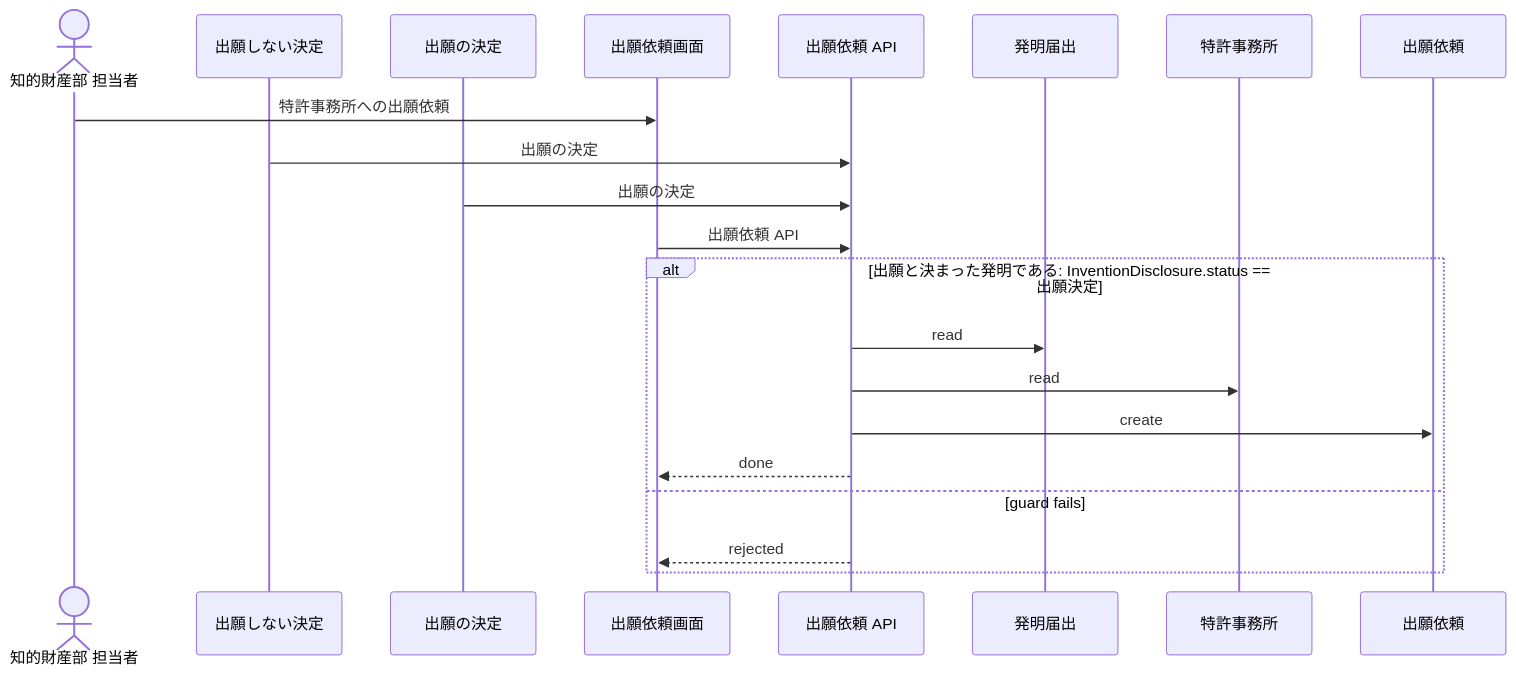
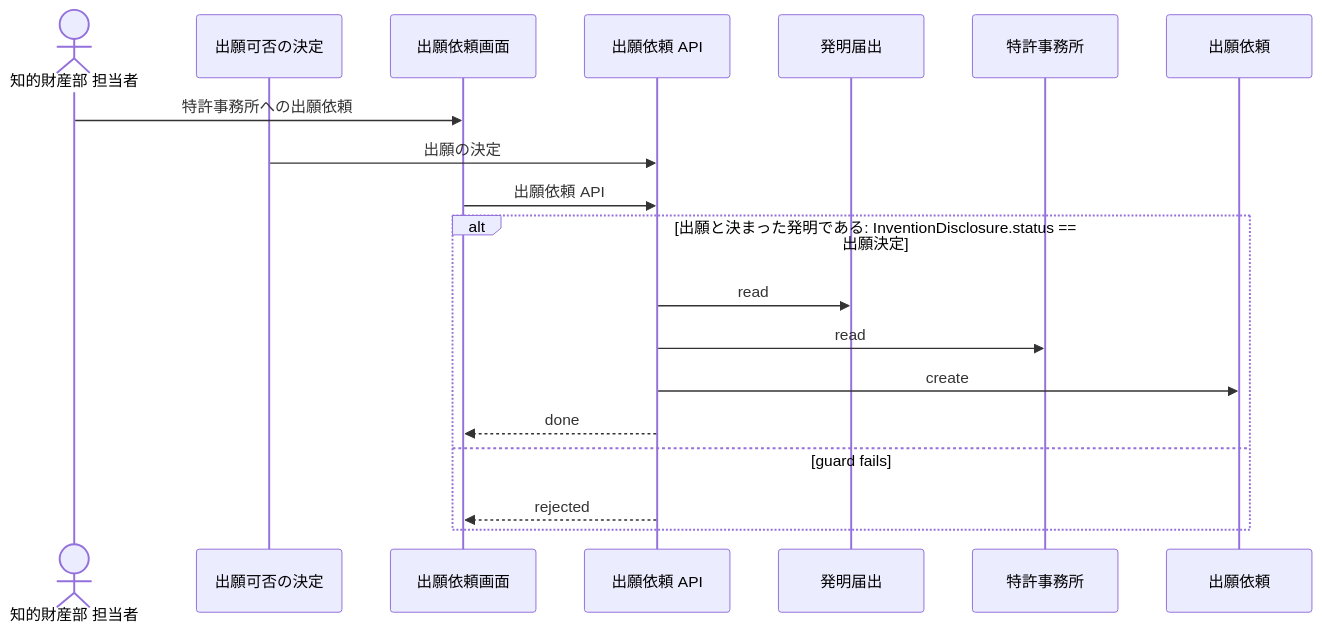
Before and after one commit to manji-0/rdra-ish-dsl: the diagram in samples/patent-ops/out/uc/sequence_RequestDrafting.mmd, drawn with Mermaid. The commit also changed 58 other files, not shown here.

```diff
--- a/samples/patent-ops/out/uc/sequence_RequestDrafting.mmd
+++ b/samples/patent-ops/out/uc/sequence_RequestDrafting.mmd
@@ -1,24 +1,22 @@
 %% rdra-ish diagram=sequence scope=usecase:RequestDrafting model=samples/patent-ops
 %% kinds: actor usecase screen api entity
 %% omitted: buc step medium permission event condition
 sequenceDiagram
   actor actor__IpStaff as 知的財産部 担当者
-  participant usecase__DecideNotToFile as 出願しない決定
-  participant usecase__DecideToFile as 出願の決定
+  participant usecase__DecideFiling as 出願可否の決定
   participant screen__DraftingOrderScreen as 出願依頼画面
   participant api__DraftingOrderApi as 出願依頼 API
   participant entity__InventionDisclosure as 発明届出
   participant entity__PatentFirm as 特許事務所
   participant entity__DraftingOrder as 出願依頼
   actor__IpStaff ->> screen__DraftingOrderScreen: 特許事務所への出願依頼
-  usecase__DecideNotToFile ->> api__DraftingOrderApi: 出願の決定
-  usecase__DecideToFile ->> api__DraftingOrderApi: 出願の決定
+  usecase__DecideFiling ->> api__DraftingOrderApi: 出願の決定
   screen__DraftingOrderScreen ->> api__DraftingOrderApi: 出願依頼 API
   alt 出願と決まった発明である: InventionDisclosure.status == 出願決定
     api__DraftingOrderApi ->> entity__InventionDisclosure: read
     api__DraftingOrderApi ->> entity__PatentFirm: read
     api__DraftingOrderApi ->> entity__DraftingOrder: create
     api__DraftingOrderApi -->> screen__DraftingOrderScreen: done
   else guard fails
     api__DraftingOrderApi -->> screen__DraftingOrderScreen: rejected
   end
```
